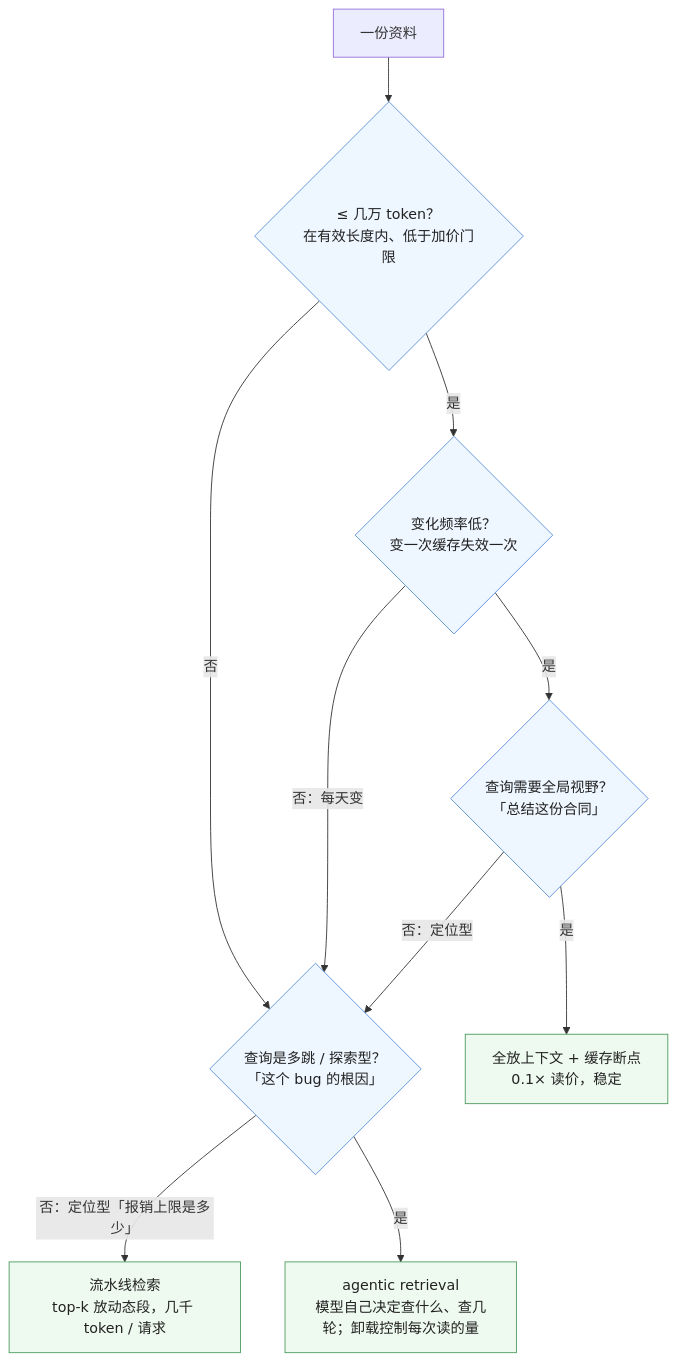
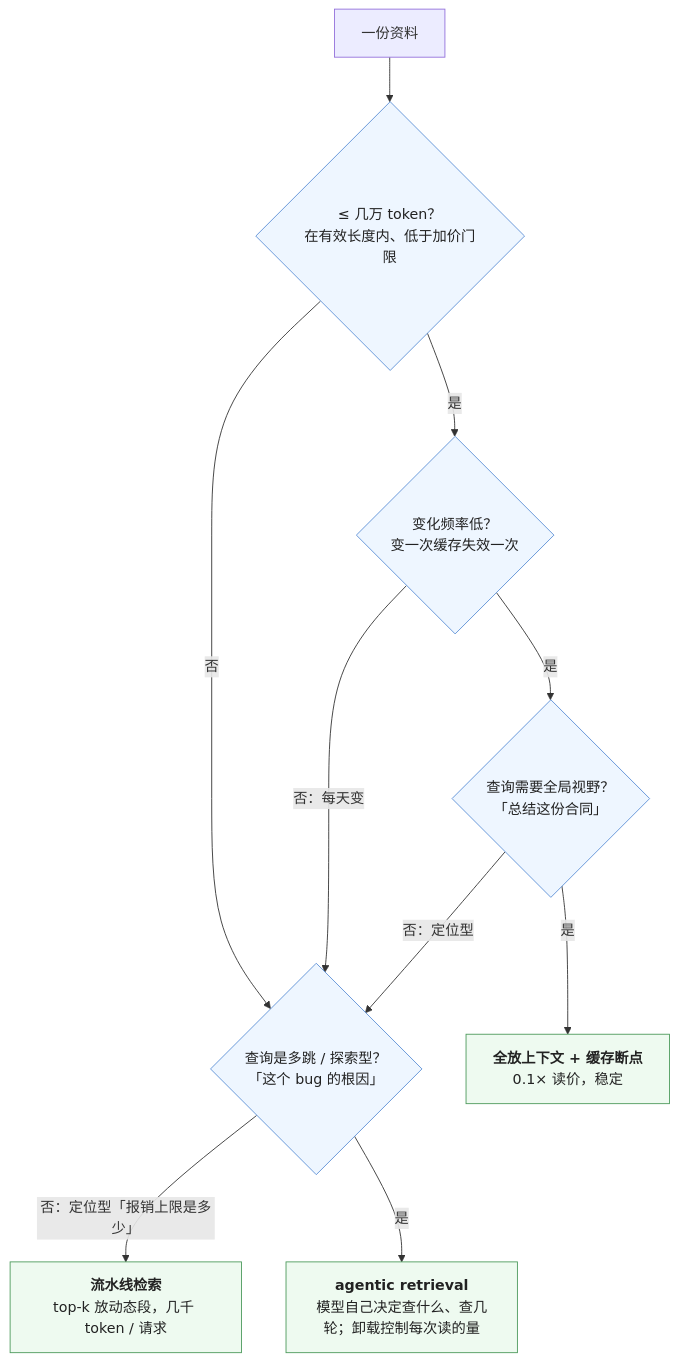
One commit to arganzheng/arganzheng.github.com changed the sixth of 6 diagrams in _posts/2026-10-11-prompts-as-code-versioning-evals-and-context-vs-retrieval.md. Above: the diagram before and after it, drawn with Mermaid. The commit also changed other lines of this file and 6 other files, not shown here.

First line of the commit message:
Prompt 与上下文工程：模型这一步该看到什么：Mermaid 多行方框的首行标为标题（7 篇）

````diff
--- a/_posts/2026-10-11-prompts-as-code-versioning-evals-and-context-vs-retrieval.md
+++ b/_posts/2026-10-11-prompts-as-code-versioning-evals-and-context-vs-retrieval.md
@@ -263,17 +263,17 @@
 ```mermaid
 %% 图：一份资料该全放、流水线检索还是 agentic 检索的决策树——先看大小（几万 token 内且低于加价门限才可能全放），再看变化频率（常变的全放会反复失效），再看查询类型（全局综合 → 全放；定位型 → 流水线；多跳探索 → agentic）；生产系统三种混用
 flowchart TB
     Q["一份资料"] --> A{"≤ 几万 token？<br/>在有效长度内、低于加价门限"}
     A -->|"否"| B{"查询是多跳 / 探索型？<br/>「这个 bug 的根因」"}
     A -->|"是"| C{"变化频率低？<br/>变一次缓存失效一次"}
     C -->|"否：每天变"| B
     C -->|"是"| D{"查询需要全局视野？<br/>「总结这份合同」"}
-    D -->|"是"| FULL["全放上下文 + 缓存断点<br/>0.1× 读价，稳定"]
+    D -->|"是"| FULL["<b>全放上下文 + 缓存断点</b><br/>0.1× 读价，稳定"]
     D -->|"否：定位型"| B
-    B -->|"否：定位型「报销上限是多少」"| PIPE["流水线检索<br/>top-k 放动态段，几千 token / 请求"]
-    B -->|"是"| AGT["agentic retrieval<br/>模型自己决定查什么、查几轮；卸载控制每次读的量"]
+    B -->|"否：定位型「报销上限是多少」"| PIPE["<b>流水线检索</b><br/>top-k 放动态段，几千 token / 请求"]
+    B -->|"是"| AGT["<b>agentic retrieval</b><br/>模型自己决定查什么、查几轮；卸载控制每次读的量"]
     classDef dec fill:#eef6ff,stroke:#5b8fd6,color:#222
     classDef out fill:#eefaf0,stroke:#4d9a5c,color:#222
     class A,B,C,D dec
     class FULL,PIPE,AGT out
 ```
````
